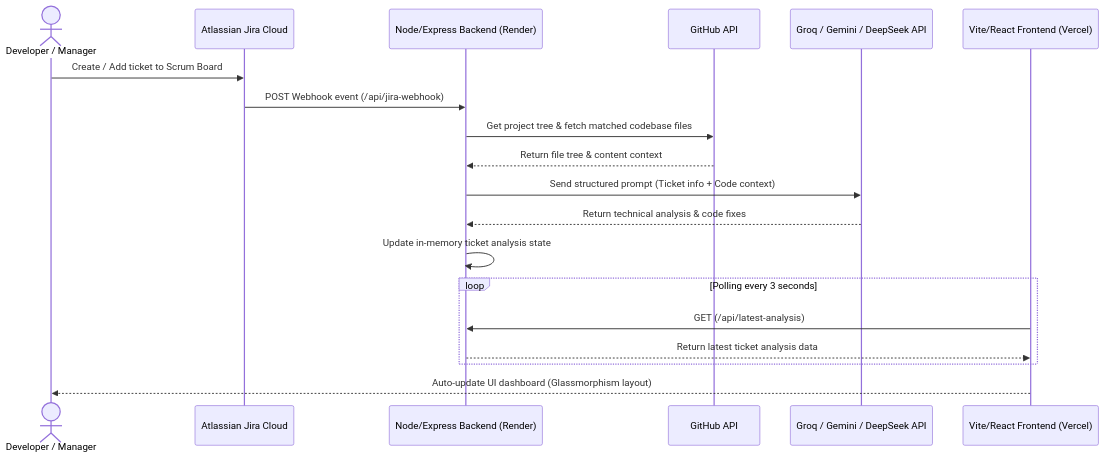
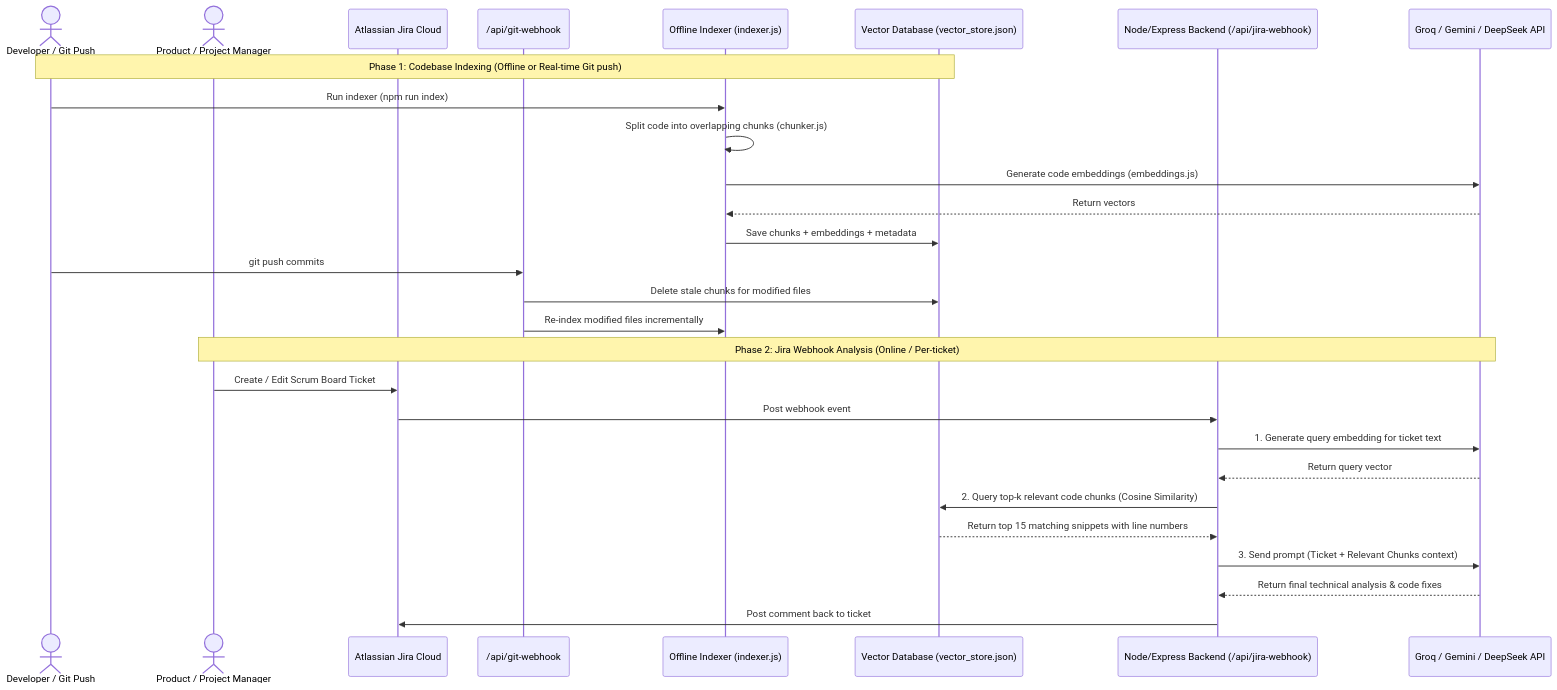
One commit to ketankapale8/AIAutomationMVP changed the diagram in README.md. Above: the diagram before and after it, drawn with Mermaid. The commit also changed other lines of this file, not shown here.

Commit message:
docs: update README.md to document two-phase RAG system and indexing setup

````diff
--- a/README.md
+++ b/README.md
@@ -9,22 +10,36 @@
 ```mermaid
 sequenceDiagram
-    actor User as Developer / Manager
+    actor Dev as Developer / Git Push
+    actor User as Product / Project Manager
     participant Jira as Atlassian Jira Cloud
-    participant Backend as Node/Express Backend (Render)
-    participant GH as GitHub API
+    participant Webhook as /api/git-webhook
+    participant Indexer as Offline Indexer (indexer.js)
+    participant VectorDB as Vector Database (vector_store.json)
+    participant Backend as Node/Express Backend (/api/jira-webhook)
     participant LLM as Groq / Gemini / DeepSeek API
-    participant FE as Vite/React Frontend (Vercel)
 
-    User->>Jira: Create / Add ticket to Scrum Board
-    Jira->>Backend: POST Webhook event (/api/jira-webhook)
-    Backend->>GH: Get project tree & fetch matched codebase files
-    GH-->>Backend: Return file tree & content context
-    Backend->>LLM: Send structured prompt (Ticket info + Code context)
-    LLM-->>Backend: Return technical analysis & code fixes
-    Backend->>Backend: Update in-memory ticket analysis state
-    loop Polling every 3 seconds
-        FE->>Backend: GET (/api/latest-analysis)
-        Backend-->>FE: Return latest ticket analysis data
-    end
-    FE-->>User: Auto-update UI dashboard (Glassmorphism layout)
+    %% Phase 1: Offline Indexing
+    Note over Dev, VectorDB: Phase 1: Codebase Indexing (Offline or Real-time Git push)
+    Dev->>Indexer: Run indexer (npm run index)
+    Indexer->>Indexer: Split code into overlapping chunks (chunker.js)
+    Indexer->>LLM: Generate code embeddings (embeddings.js)
+    LLM-->>Indexer: Return vectors
+    Indexer->>VectorDB: Save chunks + embeddings + metadata
+    
+    %% Phase 1b: Webhook Synch
+    Dev->>Webhook: git push commits
+    Webhook->>VectorDB: Delete stale chunks for modified files
+    Webhook->>Indexer: Re-index modified files incrementally
+    
+    %% Phase 2: Per-Ticket Analysis
+    Note over User, LLM: Phase 2: Jira Webhook Analysis (Online / Per-ticket)
+    User->>Jira: Create / Edit Scrum Board Ticket
+    Jira->>Backend: Post webhook event
+    Backend->>LLM: 1. Generate query embedding for ticket text
+    LLM-->>Backend: Return query vector
+    Backend->>VectorDB: 2. Query top-k relevant code chunks (Cosine Similarity)
+    VectorDB-->>Backend: Return top 15 matching snippets with line numbers
+    Backend->>LLM: 3. Send prompt (Ticket + Relevant Chunks context)
+    LLM-->>Backend: Return final technical analysis & code fixes
+    Backend->>Jira: Post comment back to ticket
 ```
````
